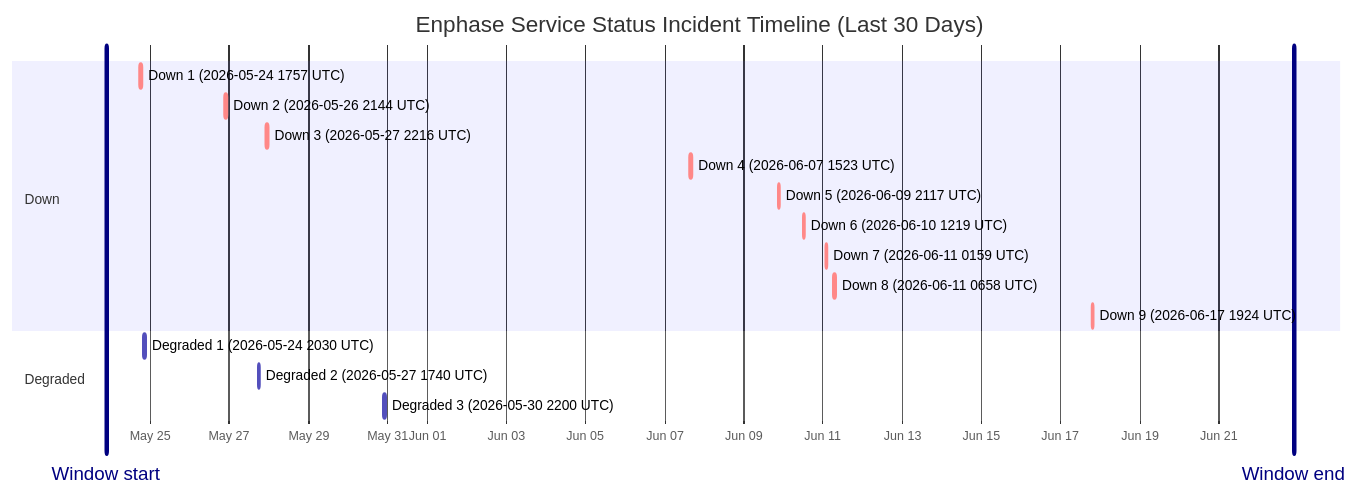
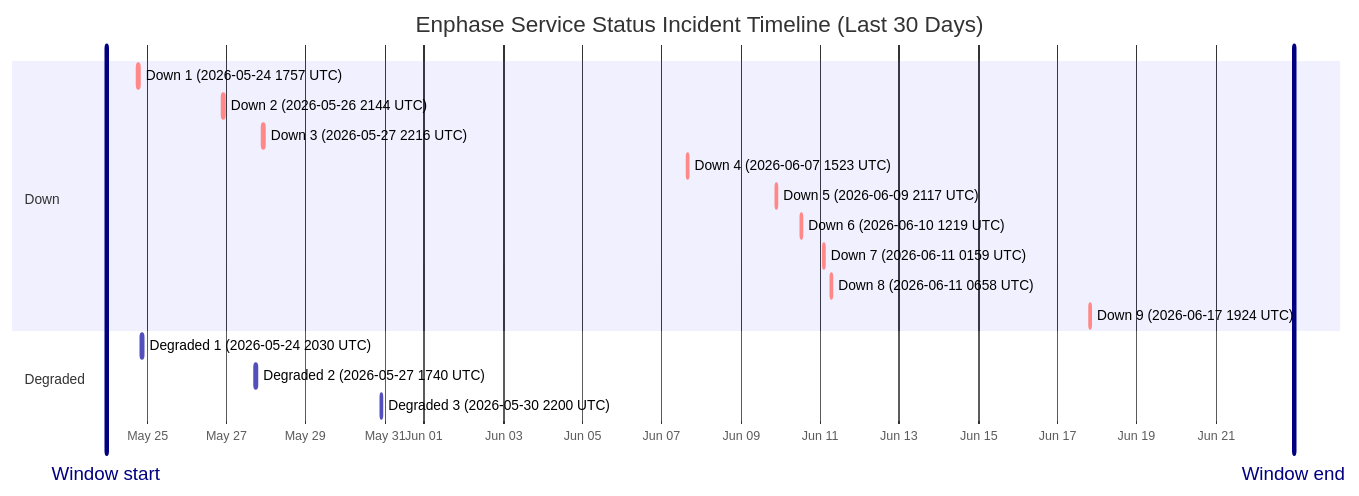
Before and after one commit to barneyonline/ha-enphase-energy: the diagram in wiki/Service-Status-History.md, drawn with Mermaid. The commit also changed other lines of this file and 3 other files, not shown here.

````diff
--- a/wiki/Service-Status-History.md
+++ b/wiki/Service-Status-History.md
@@ -14,22 +14,22 @@
 ```mermaid
 gantt
     title Enphase Service Status Incident Timeline (Last 30 Days)
     dateFormat  YYYY-MM-DDTHH:mm:ss
     axisFormat  %b %d
-    Window start :vert, window-start, 2026-05-23T21:30:43, 0ms
-    Window end :vert, window-end, 2026-06-22T21:30:43, 0ms
+    Window start :vert, window-start, 2026-05-23T23:17:49, 0ms
+    Window end :vert, window-end, 2026-06-22T23:17:49, 0ms
     section Down
     Down 1 (2026-05-24 1757 UTC) :crit, down-1, 2026-05-24T17:57:41, 86m
     Down 2 (2026-05-26 2144 UTC) :crit, down-2, 2026-05-26T21:44:11, 85m
     Down 3 (2026-05-27 2216 UTC) :crit, down-3, 2026-05-27T22:16:53, 87m
     Down 4 (2026-06-07 1523 UTC) :crit, down-4, 2026-06-07T15:23:22, 87m
     Down 5 (2026-06-09 2117 UTC) :crit, down-5, 2026-06-09T21:17:17, 60m
     Down 6 (2026-06-10 1219 UTC) :crit, down-6, 2026-06-10T12:19:21, 60m
     Down 7 (2026-06-11 0159 UTC) :crit, down-7, 2026-06-11T01:59:36, 60m
     Down 8 (2026-06-11 0658 UTC) :crit, down-8, 2026-06-11T06:58:45, 60m
     Down 9 (2026-06-17 1924 UTC) :crit, down-9, 2026-06-17T19:24:51, 60m
     section Degraded
     Degraded 1 (2026-05-24 2030 UTC) :active, degraded-1, 2026-05-24T20:30:57, 84m
     Degraded 2 (2026-05-27 1740 UTC) :active, degraded-2, 2026-05-27T17:40:52, 60m
     Degraded 3 (2026-05-30 2200 UTC) :active, degraded-3, 2026-05-30T22:00:37, 60m
 ```
````
